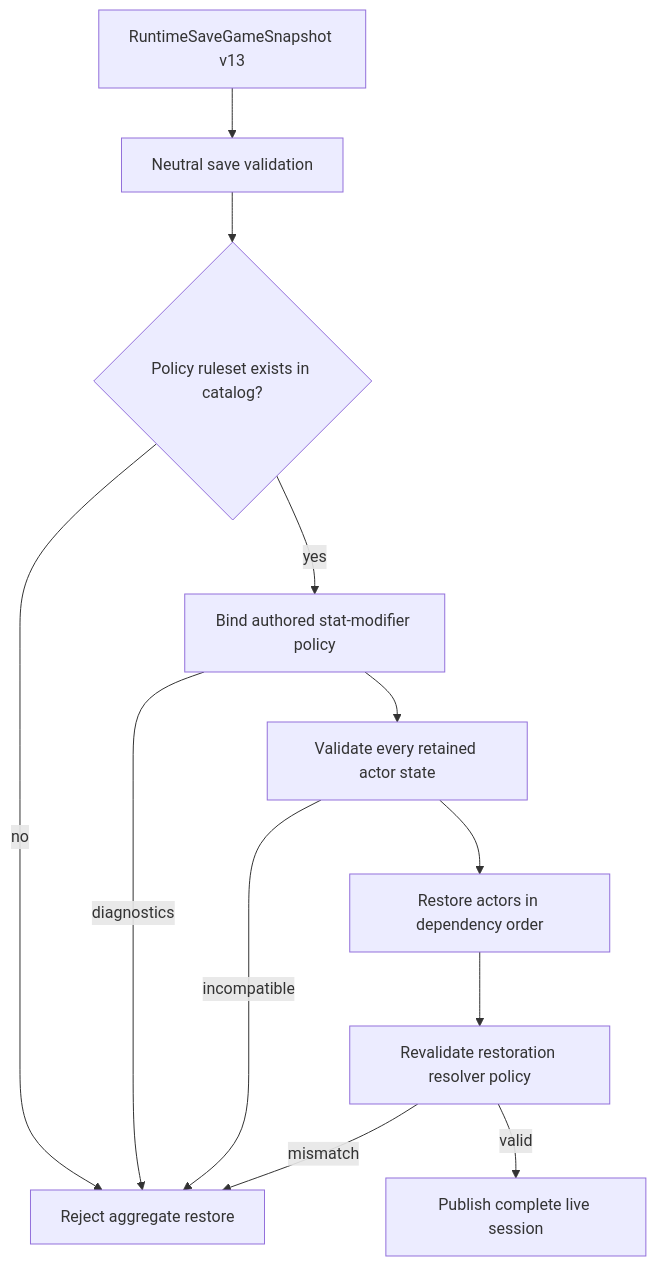
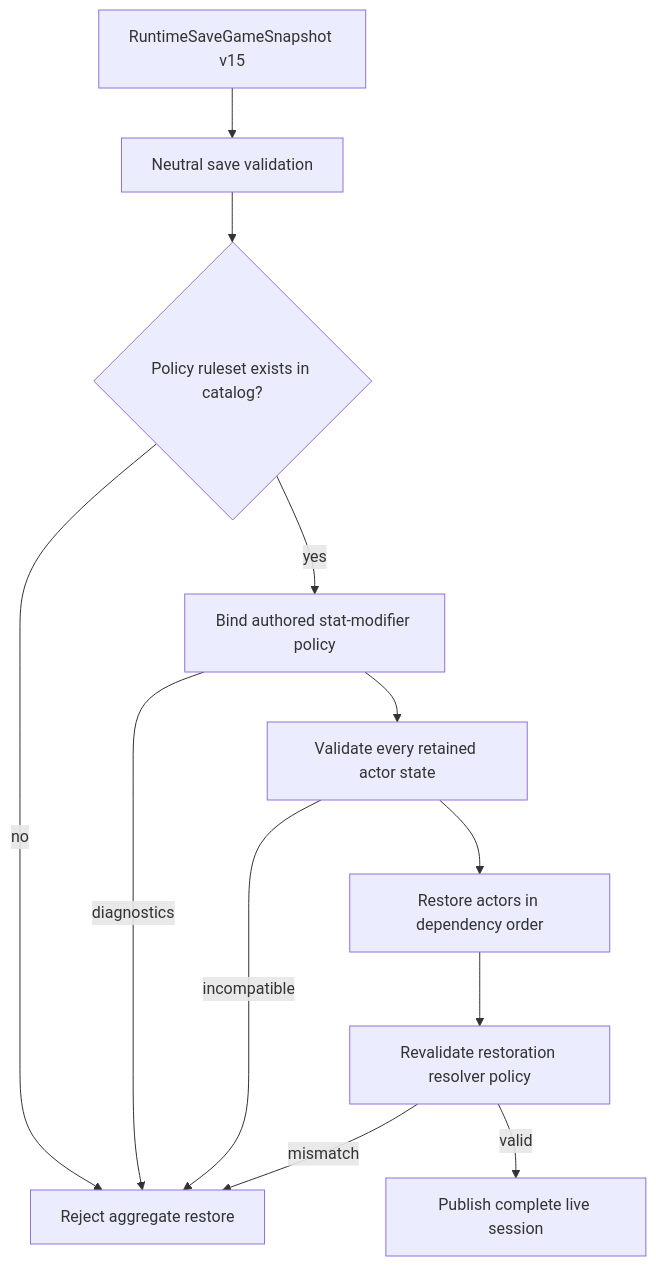
Before and after one commit to KayelC/Convergence: the seventh of 7 diagrams in docs/technical/stat-modifier-policy-runtime.md, drawn with Mermaid. The commit also changed other lines of this file and 19 other files, not shown here.

````diff
--- a/docs/technical/stat-modifier-policy-runtime.md
+++ b/docs/technical/stat-modifier-policy-runtime.md
@@ -329,14 +329,14 @@
 ```mermaid
 flowchart TD
-    S["RuntimeSaveGameSnapshot v13"] --> N["Neutral save validation"]
+    S["RuntimeSaveGameSnapshot v15"] --> N["Neutral save validation"]
     N --> C{"Policy ruleset exists in catalog?"}
     C -->|"no"| R["Reject aggregate restore"]
     C -->|"yes"| B["Bind authored stat-modifier policy"]
     B -->|"diagnostics"| R
     B --> V["Validate every retained actor state"]
     V -->|"incompatible"| R
     V --> A["Restore actors in dependency order"]
     A --> Q["Revalidate restoration resolver policy"]
     Q -->|"mismatch"| R
     Q -->|"valid"| L["Publish complete live session"]
 ```
````
